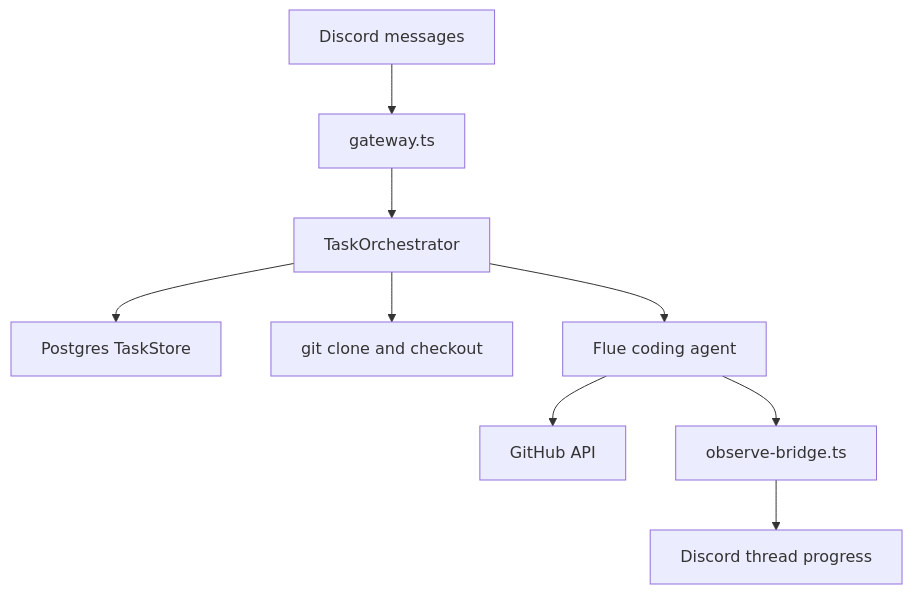
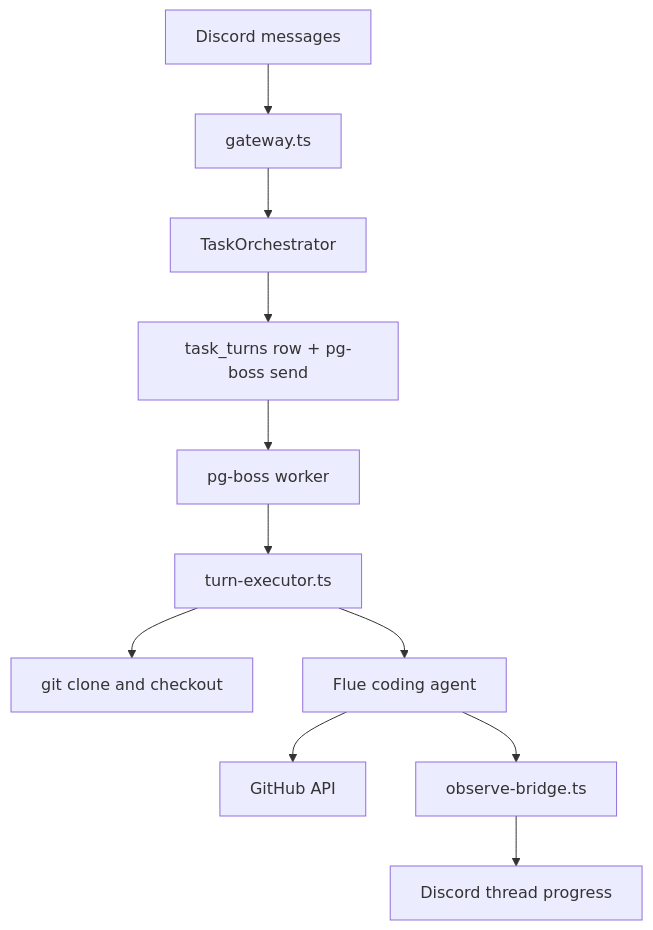
Before and after one commit to prathamdby/threadcord: the diagram in README.md, drawn with Mermaid. The commit also changed other lines of this file, not shown here.

First line of the commit message:
docs: update README for pg-boss queue

````diff
--- a/README.md
+++ b/README.md
@@ -246,11 +261,13 @@
 ```mermaid
 flowchart TD
   discord["Discord messages"] --> gateway["gateway.ts"]
   gateway --> orchestrator["TaskOrchestrator"]
-  orchestrator --> store["Postgres TaskStore"]
-  orchestrator --> bootstrap["git clone and checkout"]
-  orchestrator --> flue["Flue coding agent"]
+  orchestrator --> intake["task_turns row + pg-boss send"]
+  intake --> worker["pg-boss worker"]
+  worker --> executor["turn-executor.ts"]
+  executor --> bootstrap["git clone and checkout"]
+  executor --> flue["Flue coding agent"]
   flue --> githubApi["GitHub API"]
   flue --> observe["observe-bridge.ts"]
   observe --> thread["Discord thread progress"]
 ```
````
